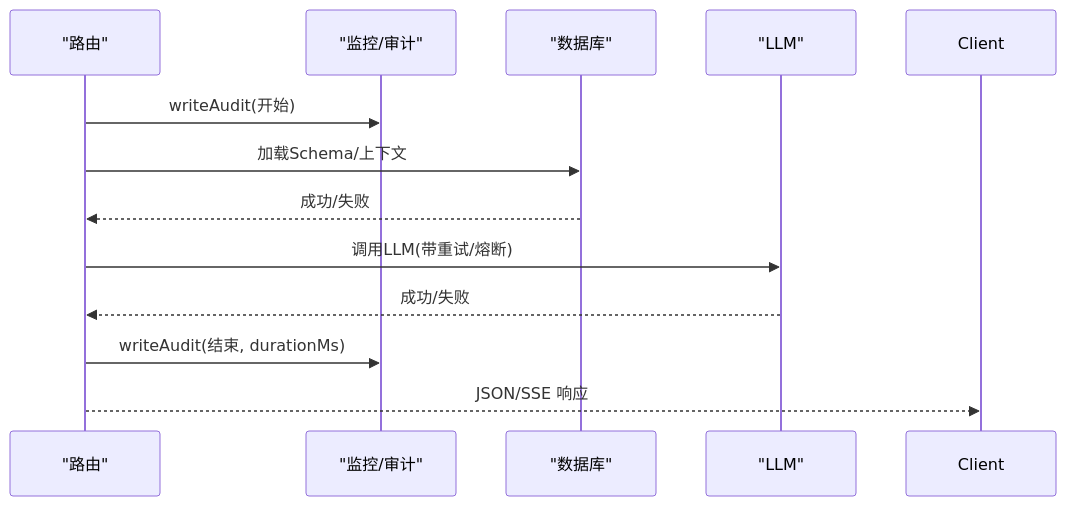
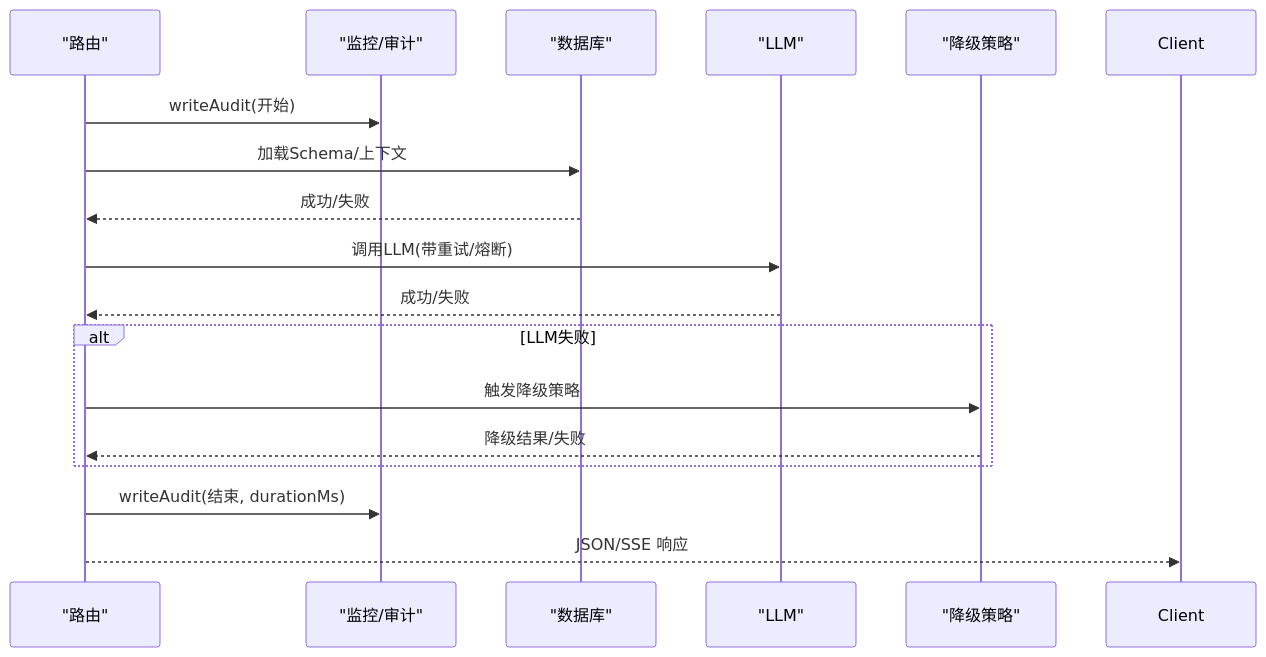
One commit to dgjin/smart-data-analytics changed the fourth of 9 diagrams in .qoder/repowiki/zh/content/后端服务/API设计与规范/错误处理策略.md. Above: the diagram before and after it, drawn with Mermaid. The commit also changed other lines of this file and 10 other files, not shown here.

````diff
--- a/.qoder/repowiki/zh/content/后端服务/API设计与规范/错误处理策略.md
+++ b/.qoder/repowiki/zh/content/后端服务/API设计与规范/错误处理策略.md
@@ -178,14 +200,19 @@
 ```mermaid
 sequenceDiagram
 participant R as "路由"
 participant M as "监控/审计"
 participant DB as "数据库"
 participant L as "LLM"
+participant F as "降级策略"
 R->>M : writeAudit(开始)
 R->>DB : 加载Schema/上下文
 DB-->>R : 成功/失败
 R->>L : 调用LLM(带重试/熔断)
 L-->>R : 成功/失败
+alt LLM失败
+R->>F : 触发降级策略
+F-->>R : 降级结果/失败
+end
 R->>M : writeAudit(结束, durationMs)
 R-->>Client : JSON/SSE 响应
 ```
````
